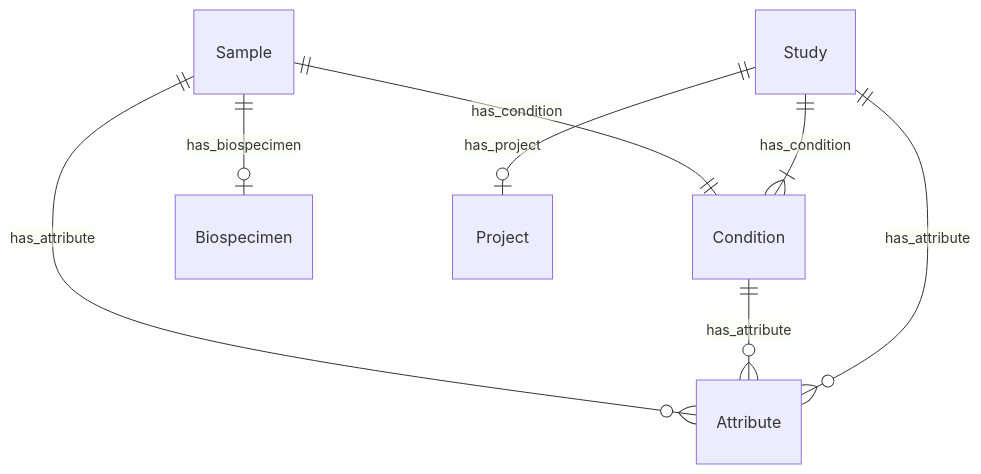
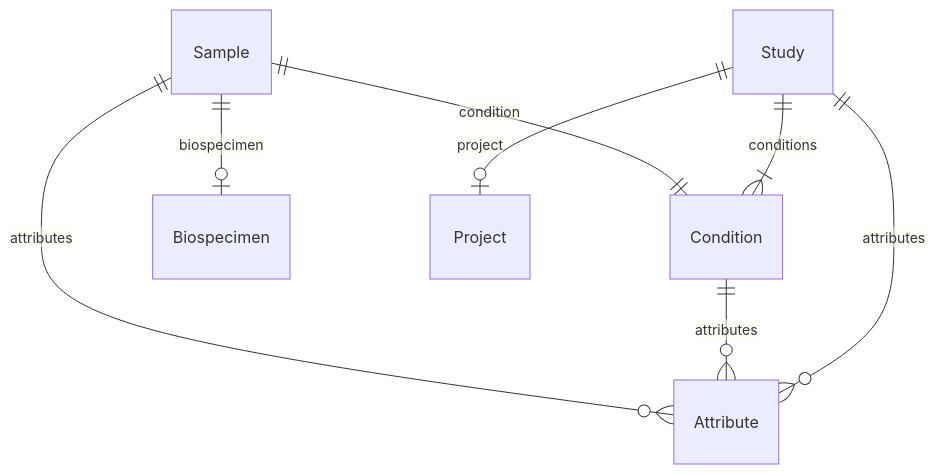
Before and after one commit to ghga-de/ghga-metadata-schema: the fourth of 7 diagrams in docs/entity_relations.md, drawn with Mermaid. The commit also changed other lines of this file and 208 other files, not shown here.

````diff
--- a/docs/entity_relations.md
+++ b/docs/entity_relations.md
@@ -213,21 +207,21 @@
 ```mermaid
 erDiagram
 Sample {
 
 }
 Condition {
 
 }
 Study {
 
 }
 
-Sample ||--|o Biospecimen : "has_biospecimen"
-Sample ||--|| Condition : "has_condition"
-Sample ||--}o Attribute : "has_attribute"
-Condition ||--}o Attribute : "has_attribute"
-Study ||--|o Project : "has_project"
-Study ||--}| Condition : "has_condition"
-Study ||--}o Attribute : "has_attribute"
+Sample ||--|o Biospecimen : "biospecimen"
+Sample ||--|| Condition : "condition"
+Sample ||--}o Attribute : "attributes"
+Condition ||--}o Attribute : "attributes"
+Study ||--|o Project : "project"
+Study ||--}| Condition : "conditions"
+Study ||--}o Attribute : "attributes"
 
 ```
````
